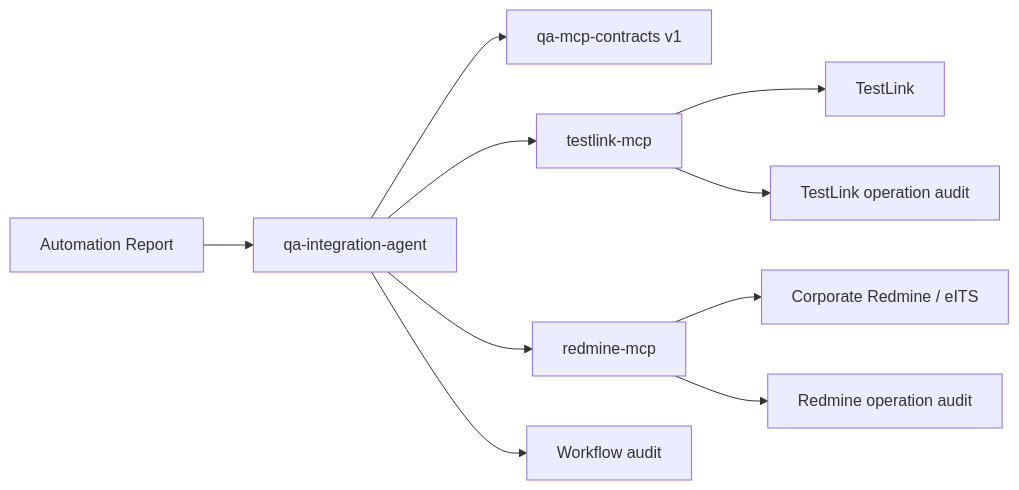
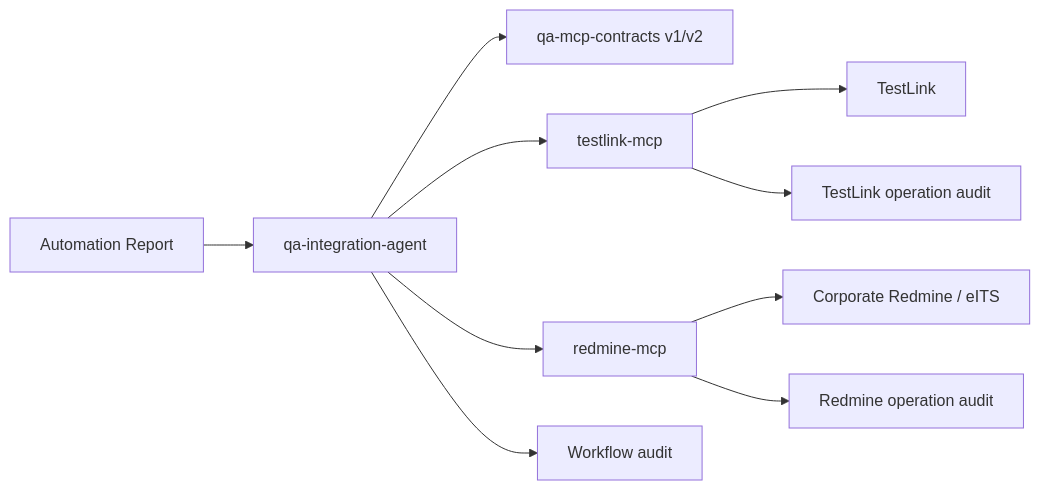
One commit to sourceKang/UseTestlink changed the diagram in docs/architecture.md. Above: the diagram before and after it, drawn with Mermaid. The commit also changed other lines of this file and 13 other files, not shown here.

````diff
--- a/docs/architecture.md
+++ b/docs/architecture.md
@@ -5,12 +5,12 @@
 ```mermaid
 flowchart LR
     R["Automation Report"] --> Q["qa-integration-agent"]
-    Q --> C["qa-mcp-contracts v1"]
+    Q --> C["qa-mcp-contracts v1/v2"]
     Q --> T["testlink-mcp"]
     Q --> M["redmine-mcp"]
     T --> TL["TestLink"]
     M --> RM["Corporate Redmine / eITS"]
     Q --> A["Workflow audit"]
     T --> AT["TestLink operation audit"]
     M --> AR["Redmine operation audit"]
 ```
````
